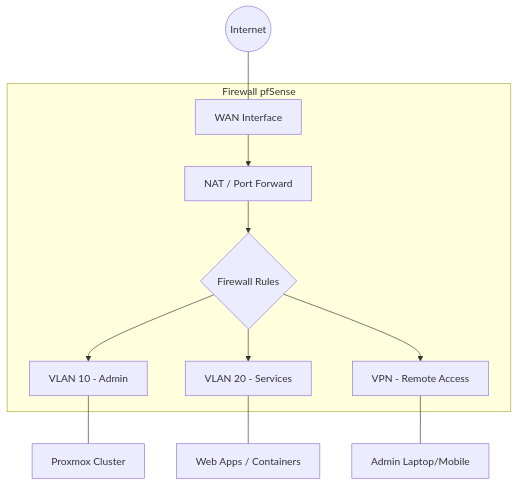
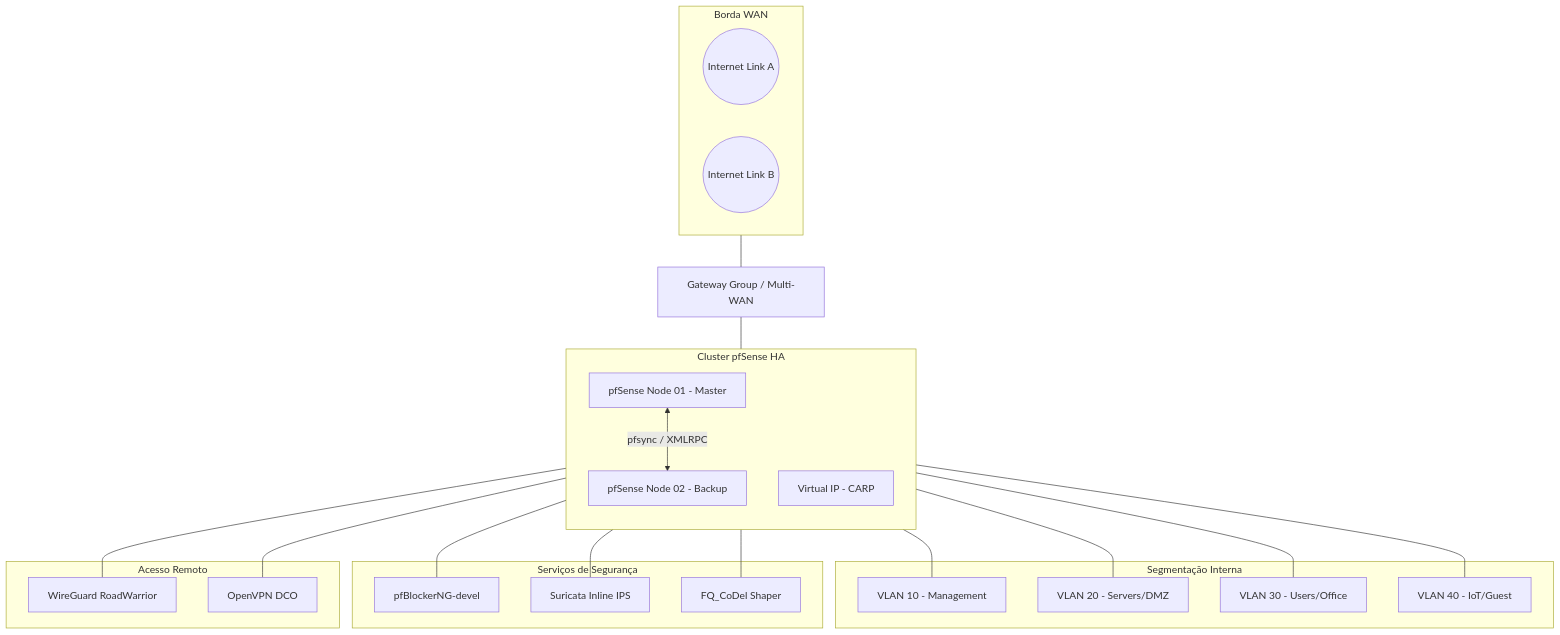
One commit to AlexandreAlan/pfsense-arquitetura changed the diagram in README.md. Above: the diagram before and after it, drawn with Mermaid. The commit also changed other lines of this file and 15 other files, not shown here.

Commit message:
docs: huge professional upgrade to pfSense 2.8+ Enterprise Architecture

````diff
--- a/README.md
+++ b/README.md
@@ -7,14 +9,35 @@
 ```mermaid
 graph TD
-    Internet((Internet)) --- WAN[WAN Interface]
-    subgraph pfSense [Firewall pfSense]
-        WAN --> NAT[NAT / Port Forward]
-        NAT --> Rules{Firewall Rules}
-        Rules --> LAN[VLAN 10 - Admin]
-        Rules --> DMZ[VLAN 20 - Services]
-        Rules --> VPN[VPN - Remote Access]
+    subgraph WAN_Edge [Borda WAN]
+        ISP1((Internet Link A))
+        ISP2((Internet Link B))
     end
-    LAN --- Proxmox[Proxmox Cluster]
-    DMZ --- WebApp[Web Apps / Containers]
-    VPN --- Admin[Admin Laptop/Mobile]
+
+    WAN_Edge --- GW_Group[Gateway Group / Multi-WAN]
+
+    subgraph Cluster_HA [Cluster pfSense HA]
+        direction TB
+        FW1[pfSense Node 01 - Master] <--> |pfsync / XMLRPC| FW2[pfSense Node 02 - Backup]
+        CARP[Virtual IP - CARP]
+    end
+
+    GW_Group --- CARP
+
+    subgraph Internal_Network [Segmentação Interna]
+        CARP --- VLAN10[VLAN 10 - Management]
+        CARP --- VLAN20[VLAN 20 - Servers/DMZ]
+        CARP --- VLAN30[VLAN 30 - Users/Office]
+        CARP --- VLAN40[VLAN 40 - IoT/Guest]
+    end
+
+    subgraph Security_Services [Serviços de Segurança]
+        FW1 --- pfB[pfBlockerNG-devel]
+        FW1 --- Sur[Suricata Inline IPS]
+        FW1 --- Shaper[FQ_CoDel Shaper]
+    end
+
+    subgraph Remote_Access [Acesso Remoto]
+        FW1 --- WG[WireGuard RoadWarrior]
+        FW1 --- OVPN[OpenVPN DCO]
+    end
 ```
````
